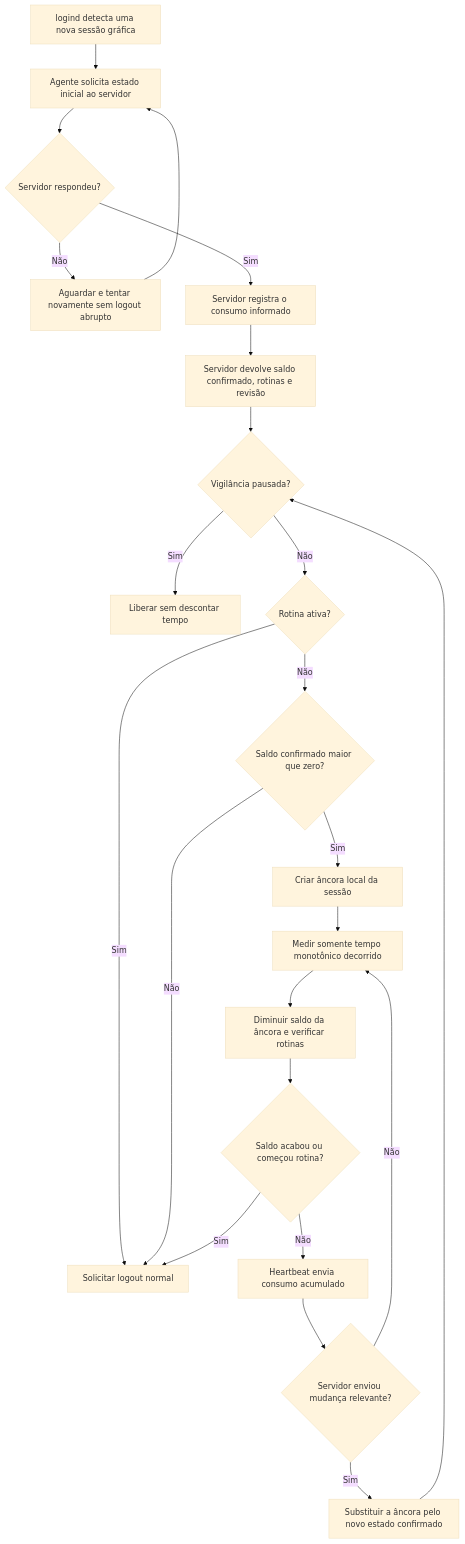
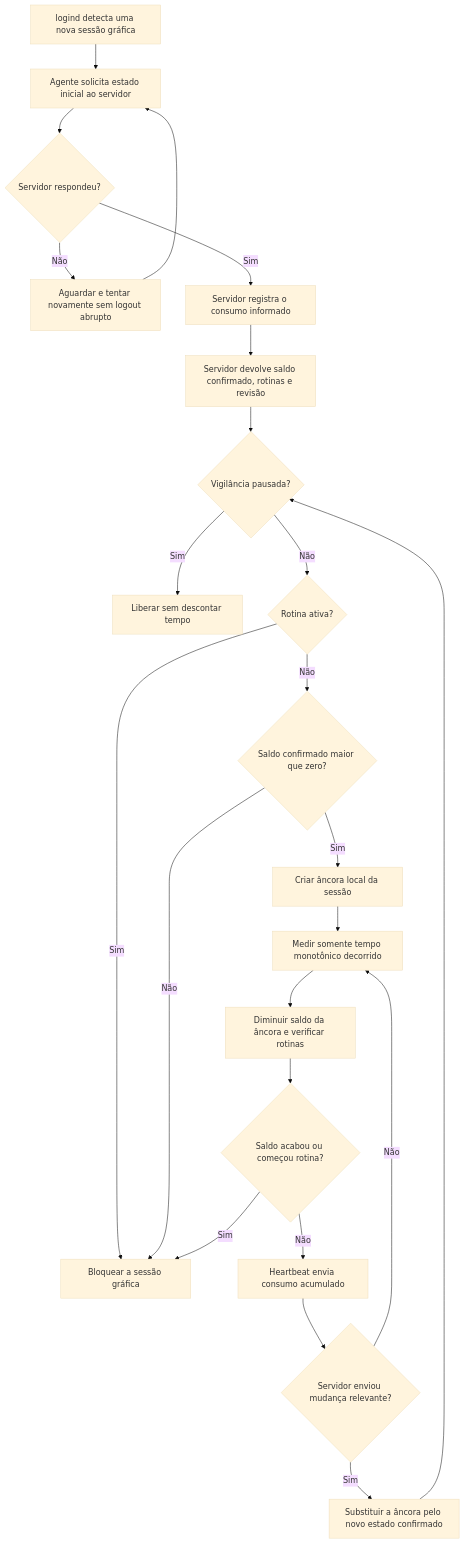
The second of 2 diagrams in docs/agent-server-communication-flow.md (ssergio100/compasso), drawn with Mermaid (base theme) before and after one commit. The commit also changed other lines of this file and 56 other files, not shown here.

````diff
--- a/docs/agent-server-communication-flow.md
+++ b/docs/agent-server-communication-flow.md
@@ -77,25 +77,25 @@
 ```mermaid
 flowchart TD
     A[logind detecta uma nova sessão gráfica] --> B[Agente solicita estado inicial ao servidor]
     B --> C{Servidor respondeu?}
     C -- Não --> D[Aguardar e tentar novamente sem logout abrupto]
     D --> B
     C -- Sim --> E[Servidor registra o consumo informado]
     E --> F[Servidor devolve saldo confirmado, rotinas e revisão]
     F --> G{Vigilância pausada?}
     G -- Sim --> H[Liberar sem descontar tempo]
     G -- Não --> I{Rotina ativa?}
-    I -- Sim --> J[Solicitar logout normal]
+    I -- Sim --> J[Bloquear a sessão gráfica]
     I -- Não --> K{Saldo confirmado maior que zero?}
     K -- Não --> J
     K -- Sim --> L[Criar âncora local da sessão]
     L --> M[Medir somente tempo monotônico decorrido]
     M --> N[Diminuir saldo da âncora e verificar rotinas]
     N --> O{Saldo acabou ou começou rotina?}
     O -- Sim --> J
     O -- Não --> P[Heartbeat envia consumo acumulado]
     P --> Q{Servidor enviou mudança relevante?}
     Q -- Não --> M
     Q -- Sim --> R[Substituir a âncora pelo novo estado confirmado]
     R --> G
 ```
````
